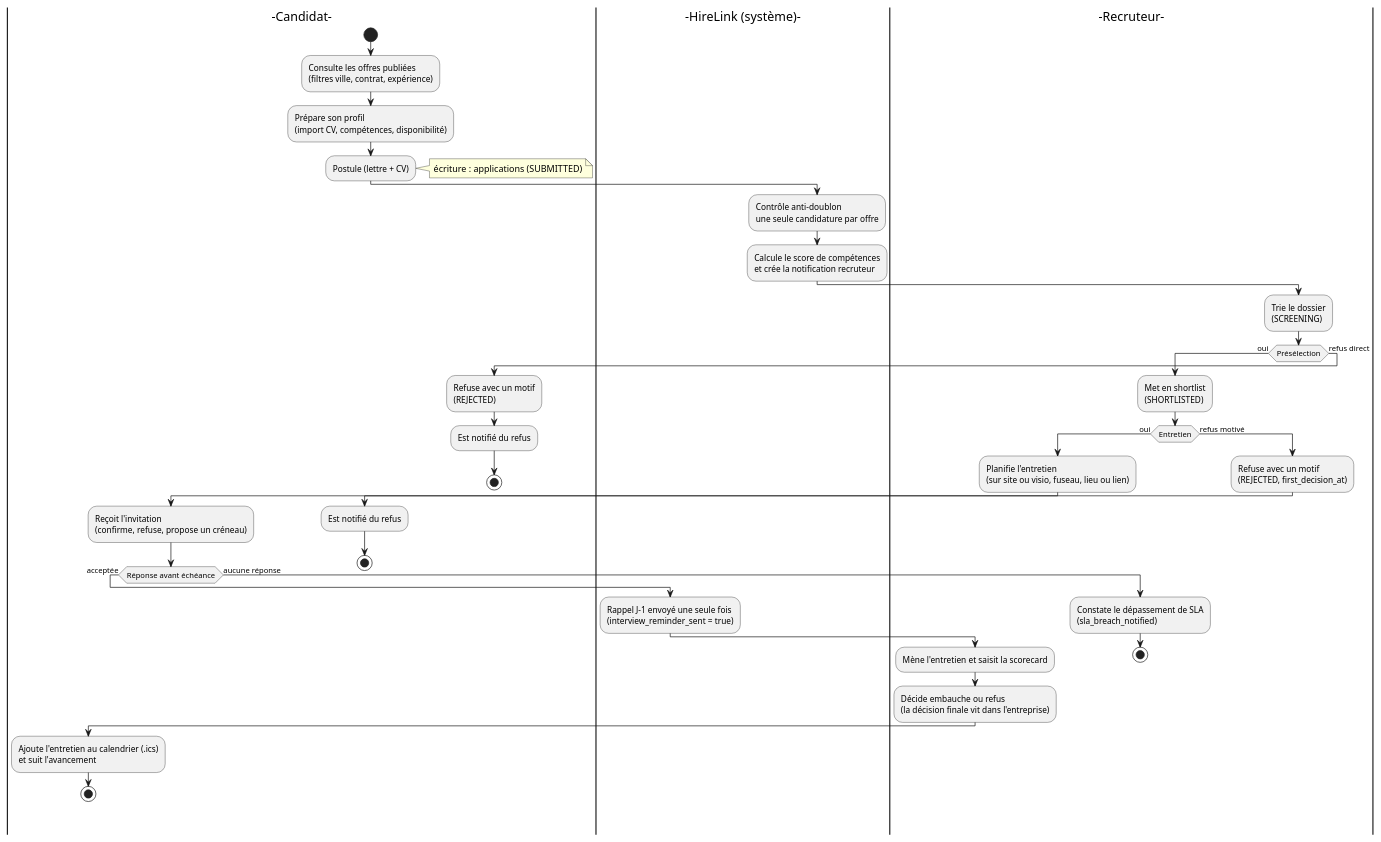
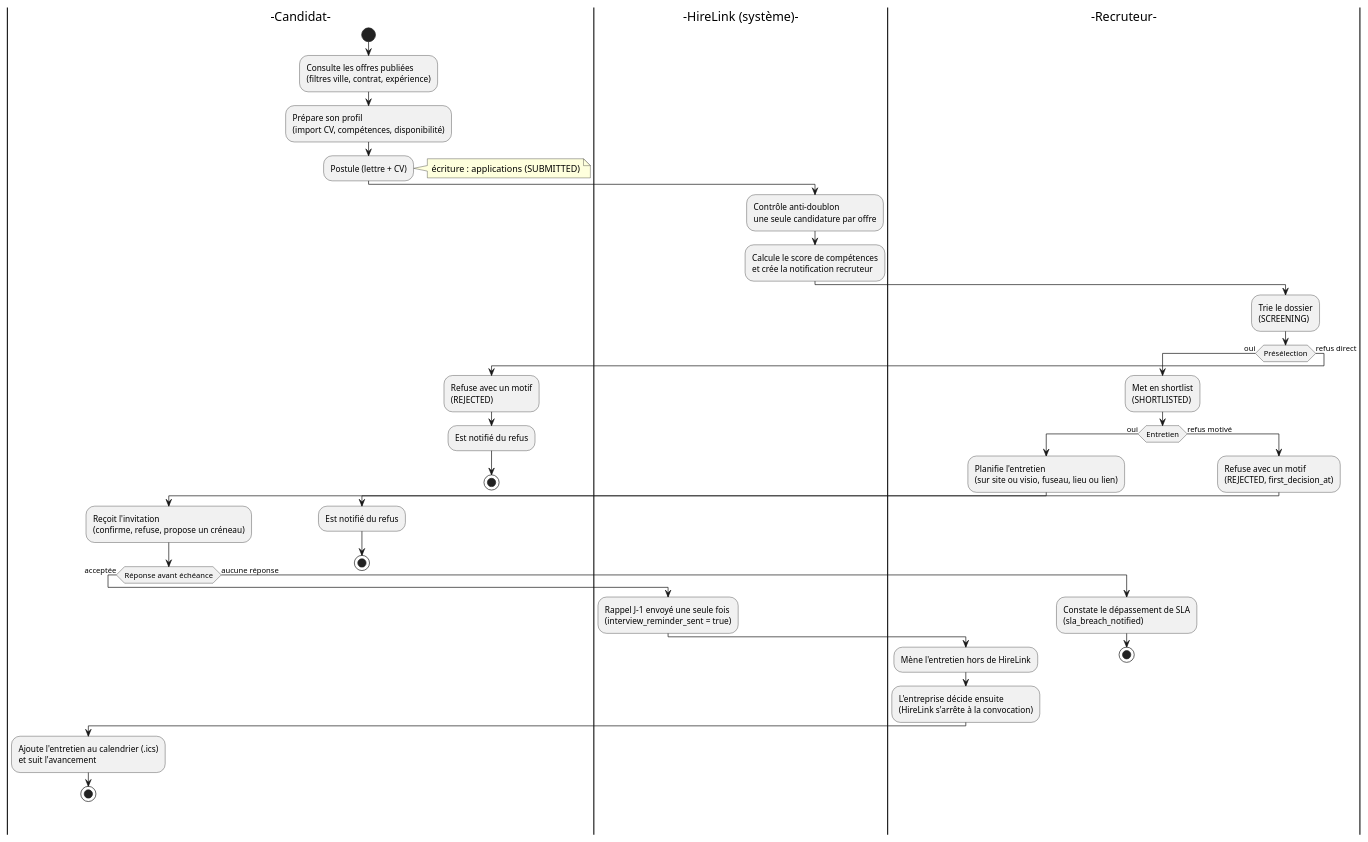
The diagram in docs/diagrammes/v5/09_bpmn_processus_recrutement.puml (anadouae/HireLink), drawn with PlantUML before and after one commit. The commit also changed 53 other files, not shown here.

```diff
--- a/docs/diagrammes/v5/09_bpmn_processus_recrutement.puml
+++ b/docs/diagrammes/v5/09_bpmn_processus_recrutement.puml
@@ -1,45 +1,45 @@
 @startuml bpmn_processus_recrutement_v5
 |-Candidat-|
 start
 :Consulte les offres publiées\n(filtres ville, contrat, expérience);
 :Prépare son profil\n(import CV, compétences, disponibilité);
 :Postule (lettre + CV);
 note right : écriture : applications (SUBMITTED)
 |-HireLink (système)-|
 :Contrôle anti-doublon\nune seule candidature par offre;
 :Calcule le score de compétences\net crée la notification recruteur;
 |-Recruteur-|
 :Trie le dossier\n(SCREENING);
 if (Présélection) then (oui)
   :Met en shortlist\n(SHORTLISTED);
   if (Entretien) then (oui)
     :Planifie l'entretien\n(sur site ou visio, fuseau, lieu ou lien);
     |-Candidat-|
     :Reçoit l'invitation\n(confirme, refuse, propose un créneau);
     if (Réponse avant échéance) then (acceptée)
       |-HireLink (système)-|
       :Rappel J-1 envoyé une seule fois\n(interview_reminder_sent = true);
       |-Recruteur-|
-      :Mène l'entretien et saisit la scorecard;
-      :Décide embauche ou refus\n(la décision finale vit dans l'entreprise);
+      :Mène l'entretien hors de HireLink;
+      :L'entreprise décide ensuite\n(HireLink s'arrête à la convocation);
       |-Candidat-|
       :Ajoute l'entretien au calendrier (.ics)\net suit l'avancement;
       stop
     else (aucune réponse)
       |-Recruteur-|
       :Constate le dépassement de SLA\n(sla_breach_notified);
       stop
     endif
   else (refus motivé)
     :Refuse avec un motif\n(REJECTED, first_decision_at);
     |-Candidat-|
     :Est notifié du refus;
     stop
   endif
 else (refus direct)
   :Refuse avec un motif\n(REJECTED);
   |-Candidat-|
   :Est notifié du refus;
   stop
 endif
 @enduml
```
